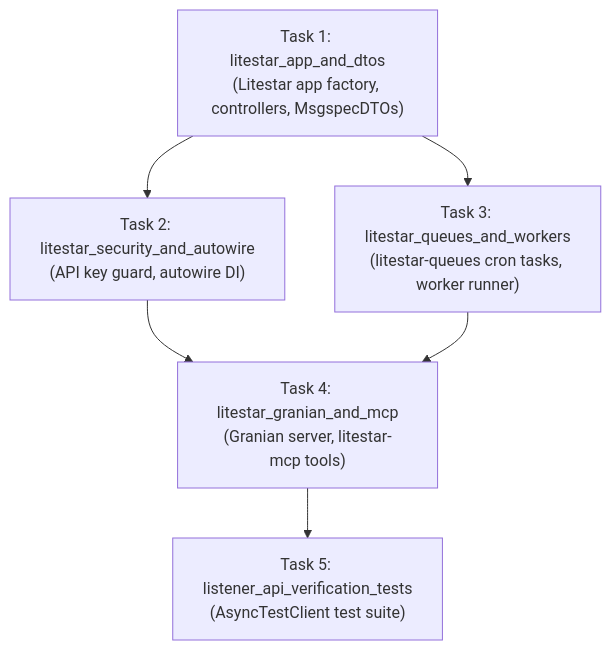
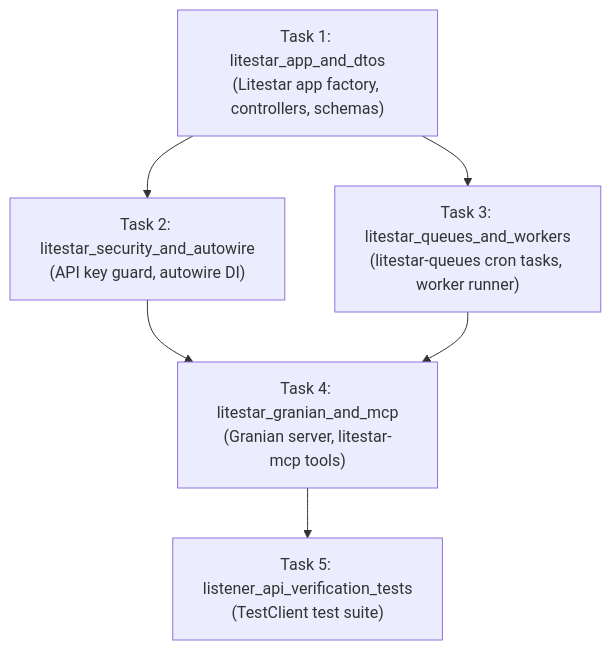
Before and after one commit to cofin/goe: the diagram in .agents/bundles/specs/litestar_listener_overhaul_20260823/spec.md, drawn with Mermaid. The commit also changed other lines of this file and 52 other files, not shown here.

First line of the commit message:
feat(listener): overhaul GOE Listener with Litestar, Granian, queues, and MCP (#5)

````diff
--- a/.agents/bundles/specs/litestar_listener_overhaul_20260823/spec.md
+++ b/.agents/bundles/specs/litestar_listener_overhaul_20260823/spec.md
@@ -64,8 +64,8 @@
 ```mermaid
 flowchart TD
-    T1["Task 1: litestar_app_and_dtos\n(Litestar app factory, controllers, MsgspecDTOs)"] --> T2["Task 2: litestar_security_and_autowire\n(API key guard, autowire DI)"]
+    T1["Task 1: litestar_app_and_dtos\n(Litestar app factory, controllers, schemas)"] --> T2["Task 2: litestar_security_and_autowire\n(API key guard, autowire DI)"]
     T1 --> T3["Task 3: litestar_queues_and_workers\n(litestar-queues cron tasks, worker runner)"]
     T2 --> T4["Task 4: litestar_granian_and_mcp\n(Granian server, litestar-mcp tools)"]
     T3 --> T4
-    T4 --> T5["Task 5: listener_api_verification_tests\n(AsyncTestClient test suite)"]
+    T4 --> T5["Task 5: listener_api_verification_tests\n(TestClient test suite)"]
 ```
````
